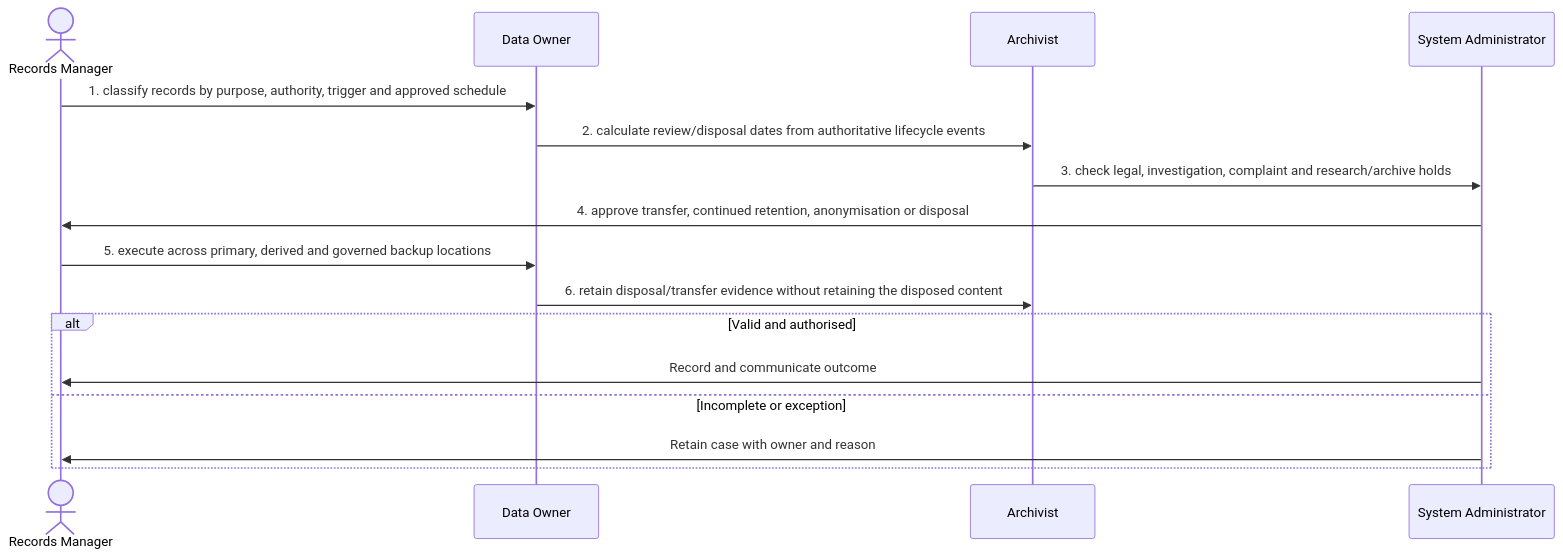
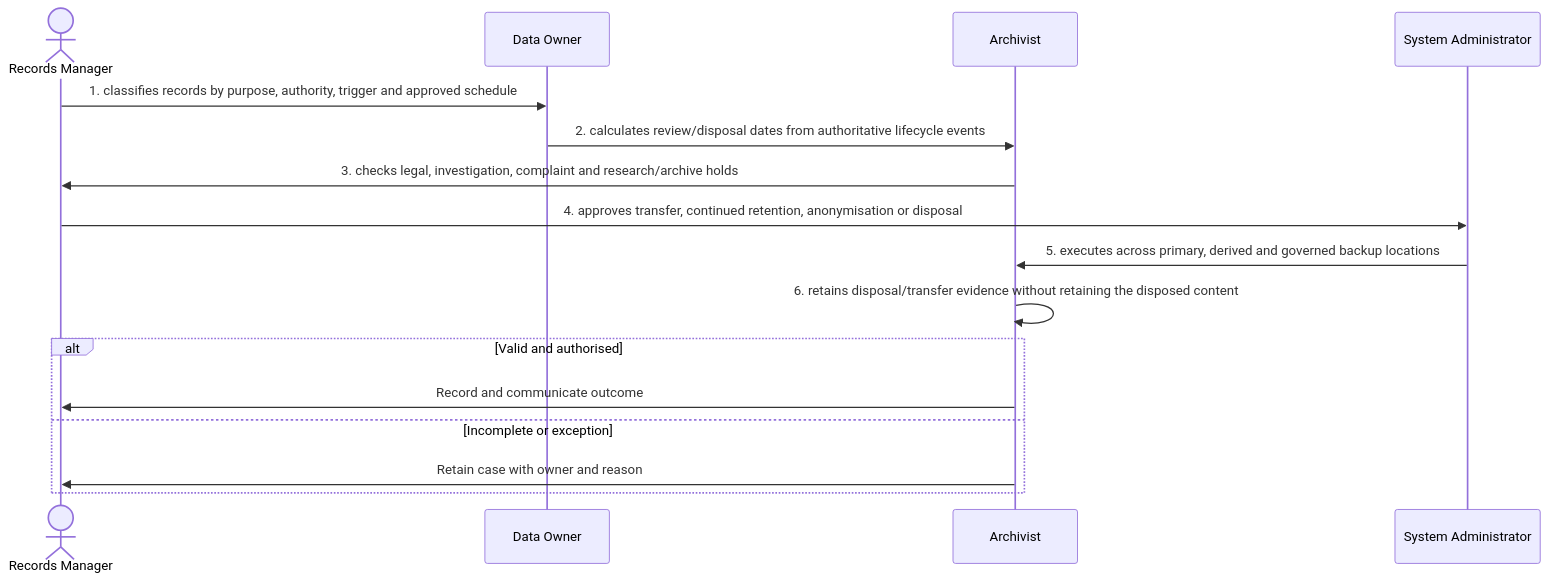
One commit to RevelationCore/Revelation-SRS changed the diagram in docs/business-processes/08-record-governance-and-lifecycle/bp-08-005-retain-archive-and-dispose-of-student-records.md. Above: the diagram before and after it, drawn with Mermaid. The commit also changed other lines of this file and 96 other files, not shown here.

````diff
--- a/docs/business-processes/08-record-governance-and-lifecycle/bp-08-005-retain-archive-and-dispose-of-student-records.md
+++ b/docs/business-processes/08-record-governance-and-lifecycle/bp-08-005-retain-archive-and-dispose-of-student-records.md
@@ -158,18 +158,18 @@
 ```mermaid
 sequenceDiagram
     actor A1 as Records Manager
     participant A2 as Data Owner
     participant A3 as Archivist
     participant A4 as System Administrator
-    A1->>A2: 1. classify records by purpose, authority, trigger and approved schedule
-    A2->>A3: 2. calculate review/disposal dates from authoritative lifecycle events
-    A3->>A4: 3. check legal, investigation, complaint and research/archive holds
-    A4->>A1: 4. approve transfer, continued retention, anonymisation or disposal
-    A1->>A2: 5. execute across primary, derived and governed backup locations
-    A2->>A3: 6. retain disposal/transfer evidence without retaining the disposed content
+    A1->>A2: 1. classifies records by purpose, authority, trigger and approved schedule
+    A2->>A3: 2. calculates review/disposal dates from authoritative lifecycle events
+    A3->>A1: 3. checks legal, investigation, complaint and research/archive holds
+    A1->>A4: 4. approves transfer, continued retention, anonymisation or disposal
+    A4->>A3: 5. executes across primary, derived and governed backup locations
+    A3->>A3: 6. retains disposal/transfer evidence without retaining the disposed content
     alt Valid and authorised
-        A4->>A1: Record and communicate outcome
+        A3->>A1: Record and communicate outcome
     else Incomplete or exception
-        A4->>A1: Retain case with owner and reason
+        A3->>A1: Retain case with owner and reason
     end
 ```
````
